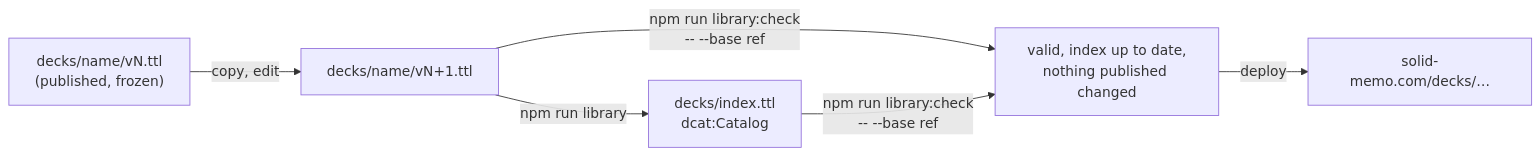
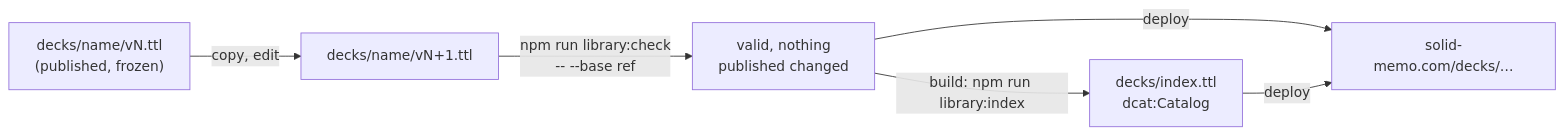
One commit to solid-memo/website changed the first of 3 diagrams in docs/deck-library.md. Above: the diagram before and after it, drawn with Mermaid. The commit also changed other lines of this file and 32 other files, not shown here.

First line of the commit message:
build(decks): make the library's index at build time, never commit it

````diff
--- a/docs/deck-library.md
+++ b/docs/deck-library.md
@@ -26,9 +26,9 @@
 ```mermaid
 flowchart LR
     accTitle: Publishing a deck version
-    accDescr: A new version is copied from the frozen one, indexed with npm run library, checked with npm run library:check and deployed with the site.
+    accDescr: A new version is copied from the frozen one and checked with npm run library:check; the site's build makes the index from the versions and deploys both.
     prev["decks/name/vN.ttl<br/>(published, frozen)"] -->|copy, edit| next["decks/name/vN+1.ttl"]
-    next -->|npm run library| idx["decks/index.ttl<br/>dcat:Catalog"]
-    next & idx -->|"npm run library:check<br/>-- --base ref"| ok["valid, index up to date,<br/>nothing published changed"]
-    ok -->|deploy| site["solid-memo.com/decks/…"]
+    next -->|"npm run library:check<br/>-- --base ref"| ok["valid, nothing<br/>published changed"]
+    ok -->|"build: npm run library:index"| idx["decks/index.ttl<br/>dcat:Catalog"]
+    ok & idx -->|deploy| site["solid-memo.com/decks/…"]
 ```
````
